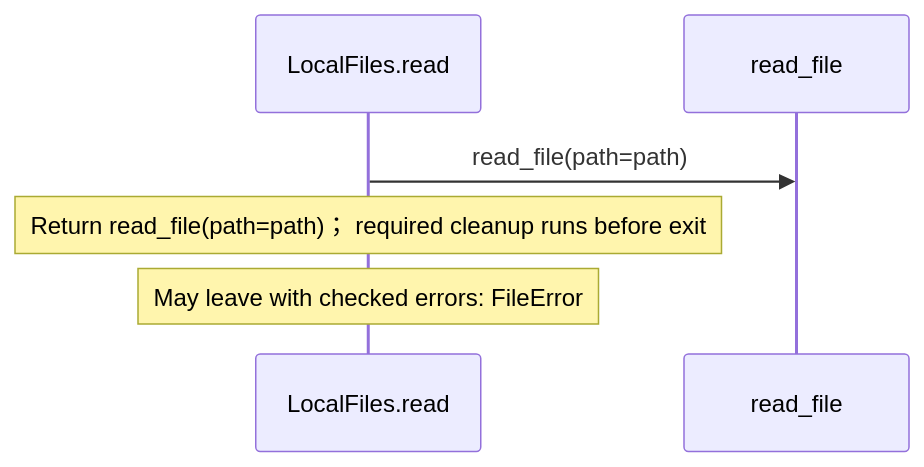
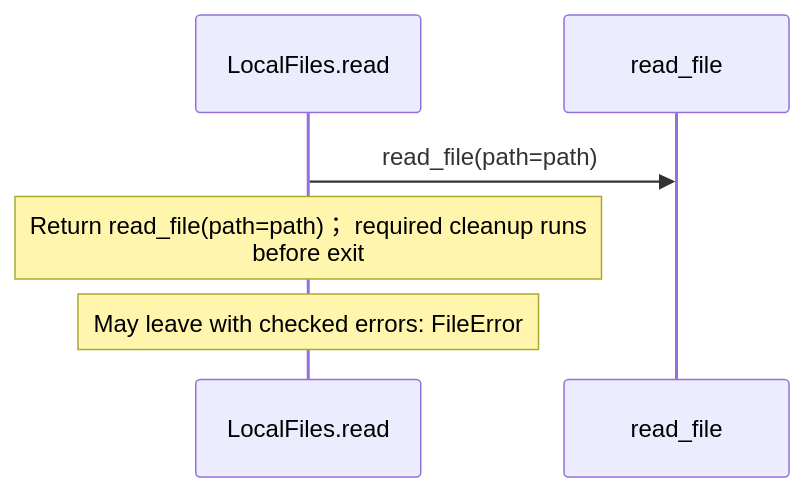
Before and after one commit to GreenPandaStudios/augscript: the third of 5 diagrams in docs/examples/approved-design/dependencies/august/0.23.0/io/contracts-diagrams.md, drawn with Mermaid. The commit also changed 200 other files, not shown here.

Commit message:
Group imported operations and wrap readable sequence messages

````diff
--- a/docs/examples/approved-design/dependencies/august/0.23.0/io/contracts-diagrams.md
+++ b/docs/examples/approved-design/dependencies/august/0.23.0/io/contracts-diagrams.md
@@ -97,8 +97,8 @@
 ```mermaid
 sequenceDiagram
     participant p0 as LocalFiles.read
     participant p1 as read_file
     p0->>p1: read_file(path=path)
-    Note over p0: Return read_file(path=path)； required cleanup runs before exit
+    Note over p0: Return read_file(path=path)； required cleanup runs<br/>before exit
     Note over p0: May leave with checked errors: FileError
 ```
````
